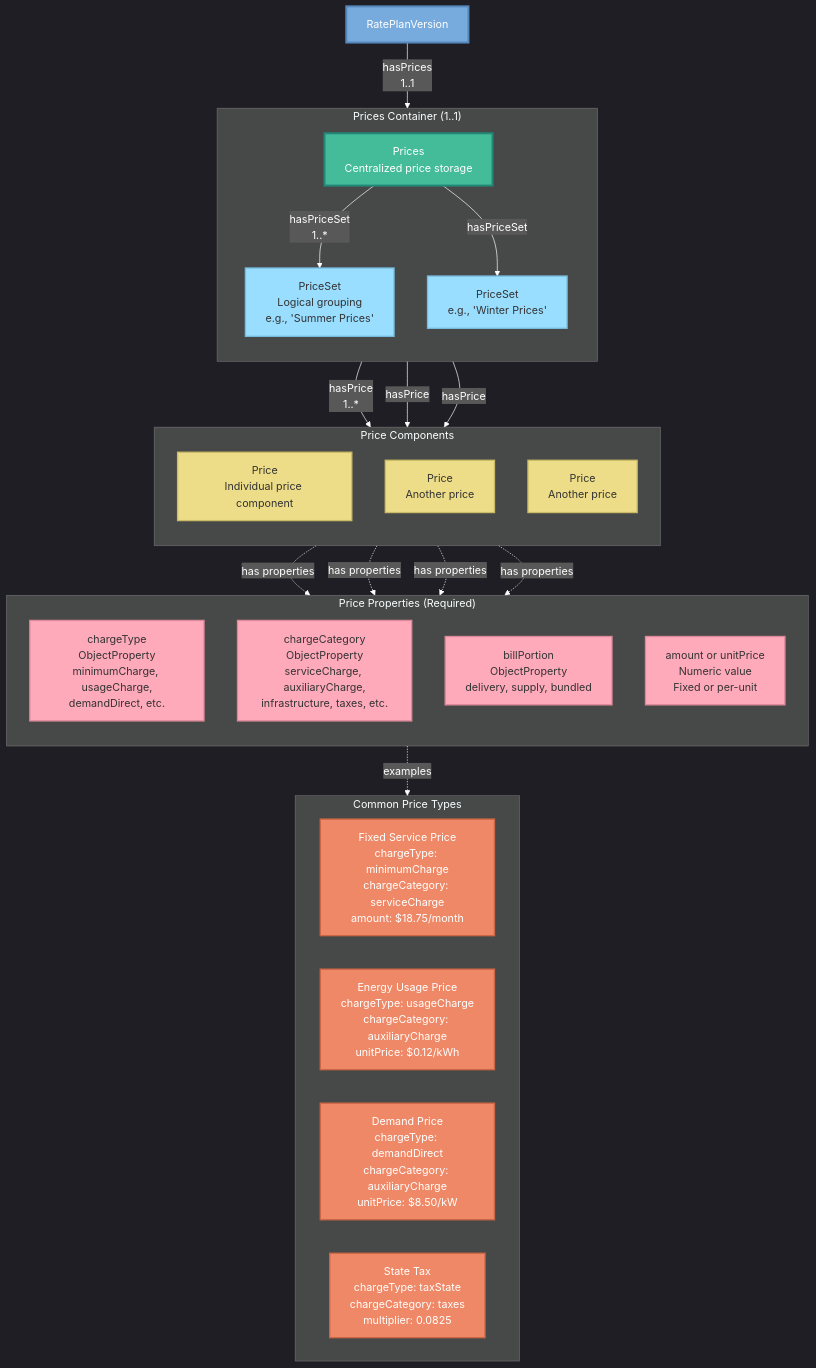
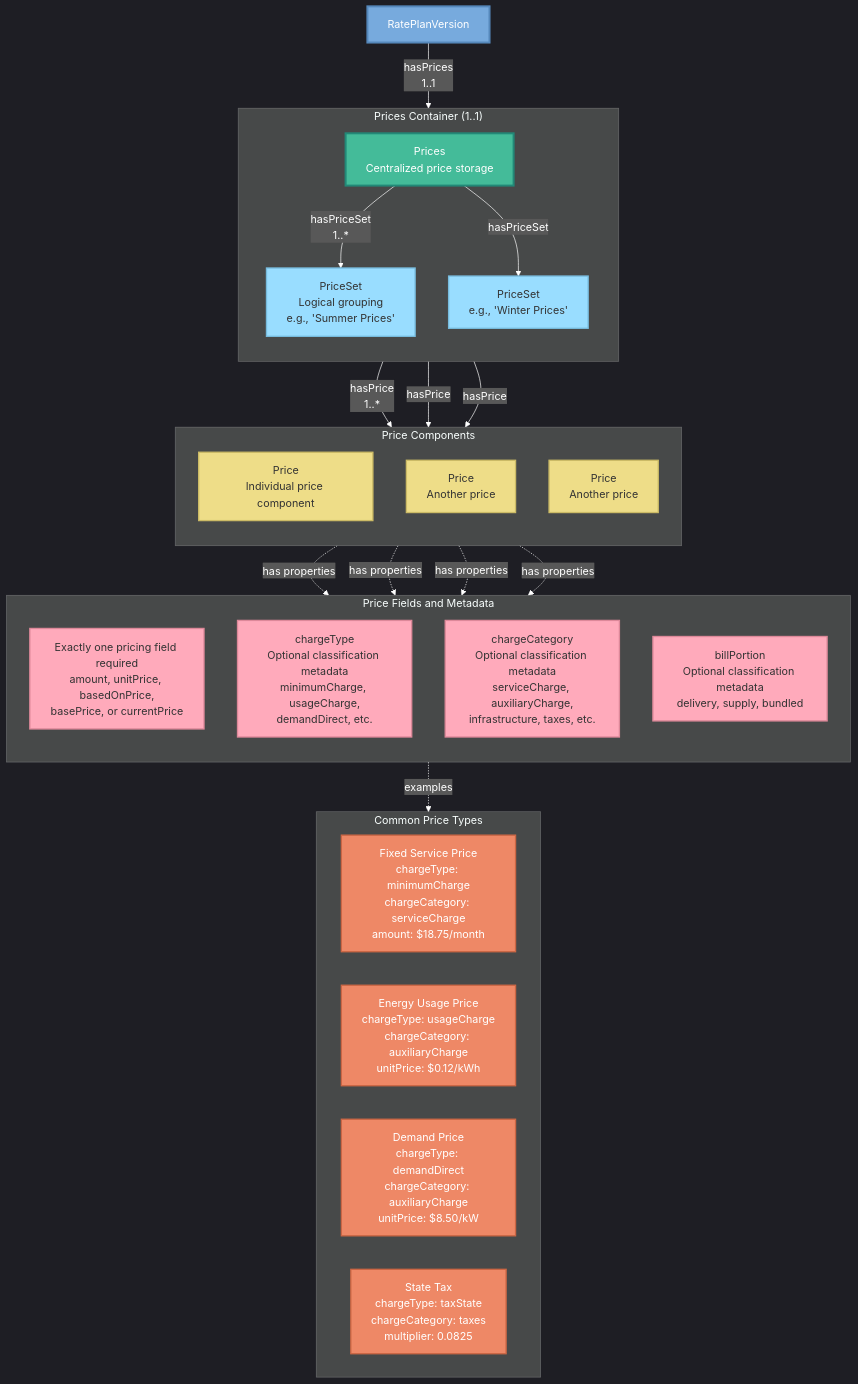
Before and after one commit to urpx-org/urpx: the diagram in documentation/diagrams/urpx-price-structure-diagram.mmd, drawn with Mermaid. The commit also changed 11 other files, not shown here.

First line of the commit message:
docs: sync v0.2.0 docs, diagrams, and validation guidance

```diff
--- a/documentation/diagrams/urpx-price-structure-diagram.mmd
+++ b/documentation/diagrams/urpx-price-structure-diagram.mmd
@@ -1,91 +1,91 @@
 %% SPDX-FileCopyrightText: Flux Tailor LLC
 %% SPDX-License-Identifier: Apache-2.0
 %% SPDX-Transition-License-After-Draft: W3C-20231102
 %% Comment: Will transition to W3C Document License upon Working Group Draft acceptance. See TRANSITION.md.
 
 %% URPX Price Structure Diagram
 %% Shows: Prices → PriceSet → Price hierarchy
 %% Created: January 26, 2026
 %% Paul Tol 2.7 Light color scheme
 
 %%{init: {'theme':'dark', 'themeVariables': { 'darkMode':'true', 'background':'#000000', 'primaryColor':'#77AADD', 'primaryTextColor':'#ffffff', 'primaryBorderColor':'#5588BB', 'lineColor':'#ffffff', 'secondaryColor':'#44BB99', 'tertiaryColor':'#EE8866', 'textColor':'#ffffff', 'nodeTextColor':'#ffffff'}}}%%
 
 graph TB
     
     RPVersion[RatePlanVersion]
     
     %% Prices Container
     subgraph PricesContainer["Prices Container (1..1)"]
         direction TB
         Prices[Prices<br/>Centralized price storage]
         
         PriceSet1[PriceSet<br/>Logical grouping<br/>e.g., 'Summer Prices']
         PriceSet2[PriceSet<br/>e.g., 'Winter Prices']
         
         Prices -->|hasPriceSet<br/>1..*| PriceSet1
         Prices -->|hasPriceSet| PriceSet2
     end
     
     %% Price Components
     subgraph PriceComponents["Price Components"]
         direction TB
         
         Price1[Price<br/>Individual price component]
         Price2[Price<br/>Another price]
         Price3[Price<br/>Another price]
         
         PriceSet1 -->|hasPrice<br/>1..*| Price1
         PriceSet1 -->|hasPrice| Price2
         PriceSet1 -->|hasPrice| Price3
     end
     
     %% Price Properties
-    subgraph PriceProps["Price Properties (Required)"]
+    subgraph PriceProps["Price Fields and Metadata"]
         direction TB
         
-        ChargeType[chargeType<br/>ObjectProperty<br/>minimumCharge, usageCharge,<br/>demandDirect, etc.]
+        PricingField[Exactly one pricing field required<br/>amount, unitPrice, basedOnPrice,<br/>basePrice, or currentPrice]
         
-        ChargeCategory[chargeCategory<br/>ObjectProperty<br/>serviceCharge, auxiliaryCharge,<br/>infrastructure, taxes, etc.]
+        ChargeType[chargeType<br/>Optional classification metadata<br/>minimumCharge, usageCharge,<br/>demandDirect, etc.]
         
-        BillPortion[billPortion<br/>ObjectProperty<br/>delivery, supply, bundled]
+        ChargeCategory[chargeCategory<br/>Optional classification metadata<br/>serviceCharge, auxiliaryCharge,<br/>infrastructure, taxes, etc.]
         
-        Amount[amount or unitPrice<br/>Numeric value<br/>Fixed or per-unit]
+        BillPortion[billPortion<br/>Optional classification metadata<br/>delivery, supply, bundled]
     end
     
     %% Price Types Examples
     subgraph PriceExamples["Common Price Types"]
         direction LR
         
         Ex1[Fixed Service Price<br/>chargeType: minimumCharge<br/>chargeCategory: serviceCharge<br/>amount: $18.75/month]
         
         Ex2[Energy Usage Price<br/>chargeType: usageCharge<br/>chargeCategory: auxiliaryCharge<br/>unitPrice: $0.12/kWh]
         
         Ex3[Demand Price<br/>chargeType: demandDirect<br/>chargeCategory: auxiliaryCharge<br/>unitPrice: $8.50/kW]
         
         Ex4[State Tax<br/>chargeType: taxState<br/>chargeCategory: taxes<br/>multiplier: 0.0825]
     end
     
     %% Connections
     RPVersion -->|hasPrices<br/>1..1| Prices
     
     Price1 -.->|has properties| ChargeType
     Price1 -.->|has properties| ChargeCategory
     Price1 -.->|has properties| BillPortion
-    Price1 -.->|has properties| Amount
+    Price1 -.->|has properties| PricingField
     
     PriceProps -.->|examples| PriceExamples
     
     %% Styling - Paul Tol 2.7 Light colors
     classDef versionClass fill:#77AADD,stroke:#5588BB,stroke-width:3px,color:#fff
     classDef containerClass fill:#44BB99,stroke:#228877,stroke-width:3px,color:#fff
     classDef priceSetClass fill:#99DDFF,stroke:#77BBDD,stroke-width:2px,color:#333
     classDef priceClass fill:#EEDD88,stroke:#CCBB66,stroke-width:2px,color:#333
     classDef propClass fill:#FFAABB,stroke:#DD8899,stroke-width:2px,color:#333
     classDef exampleClass fill:#EE8866,stroke:#CC6644,stroke-width:2px,color:#fff
     
     class RPVersion versionClass
     class Prices containerClass
     class PriceSet1,PriceSet2 priceSetClass
     class Price1,Price2,Price3 priceClass
-    class ChargeType,ChargeCategory,BillPortion,Amount propClass
+    class PricingField,ChargeType,ChargeCategory,BillPortion propClass
     class Ex1,Ex2,Ex3,Ex4 exampleClass
```
